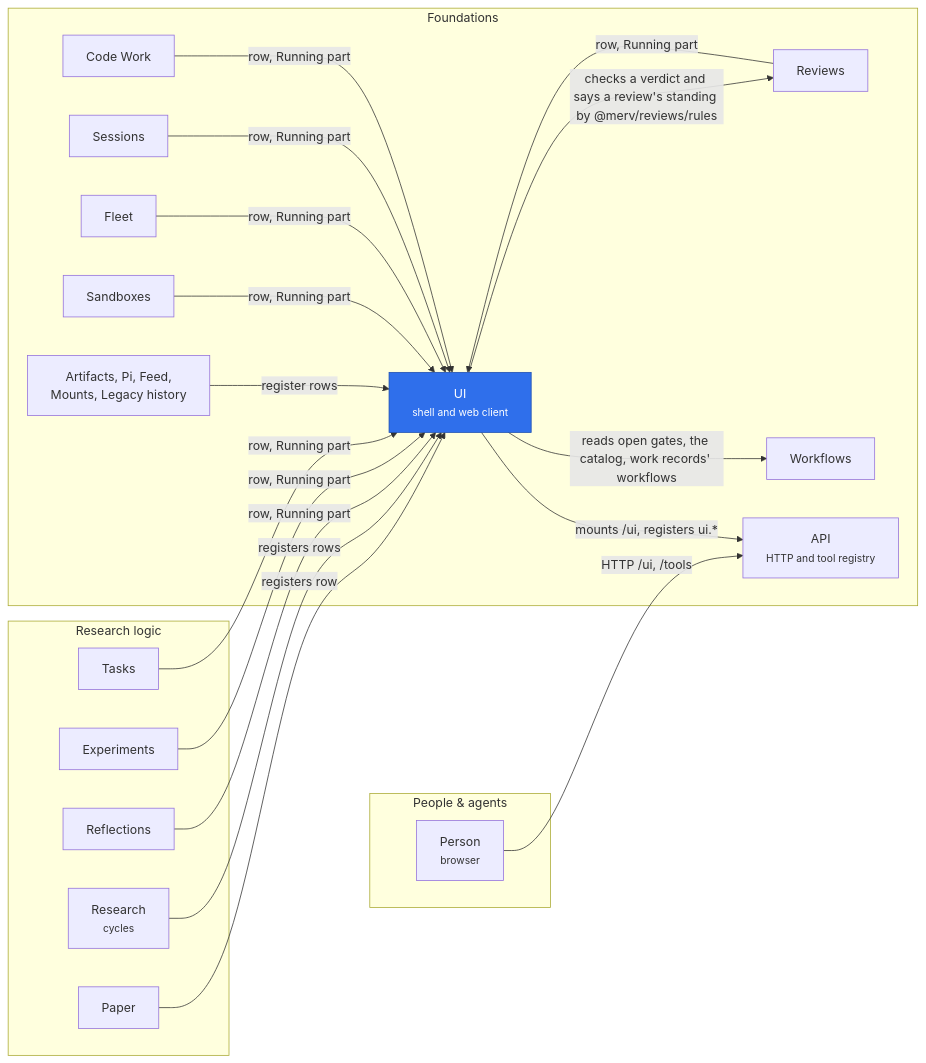
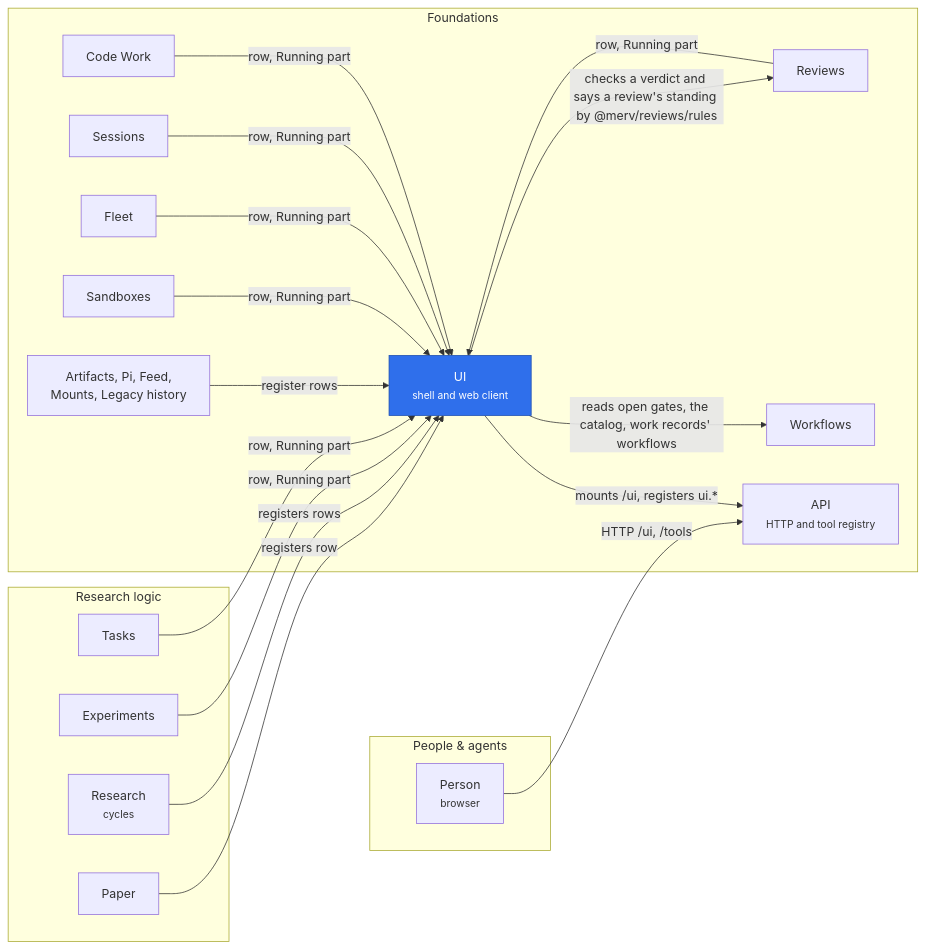
One commit to rapidreview-io/Merv changed the diagram in merv-typescript/packages/ui/README.md. Above: the diagram before and after it, drawn with Mermaid. The commit also changed other lines of this file and 132 other files, not shown here.

````diff
--- a/merv-typescript/packages/ui/README.md
+++ b/merv-typescript/packages/ui/README.md
@@ -7,41 +7,39 @@
 ```mermaid
 flowchart LR
   subgraph people["People & agents"]
     person["Person<br/><small>browser</small>"]
   end
   subgraph research["Research logic"]
     tasks[Tasks]
     experiments[Experiments]
-    reflections[Reflections]
     researchCycles["Research<br/><small>cycles</small>"]
     paper[Paper]
   end
   subgraph foundations["Foundations"]
     ui["UI<br/><small>shell and web client</small>"]
     api["API<br/><small>HTTP and tool registry</small>"]
     workflows[Workflows]
     reviews[Reviews]
     codeWork[Code Work]
     sessions[Sessions]
     fleet[Fleet]
     sandboxes[Sandboxes]
     others["Artifacts, Pi, Feed,<br/>Mounts, Legacy history"]
   end
   person -- "HTTP /ui, /tools" --> api
   ui -- "mounts /ui, registers ui.*" --> api
   ui -- "reads open gates, the catalog, work records' workflows" --> workflows
   ui -- "checks a verdict and says a review's standing by @merv/reviews/rules" --> reviews
   tasks -- "row, Running part" --> ui
   experiments -- "row, Running part" --> ui
-  reflections -- "row, Running part" --> ui
   reviews -- "row, Running part" --> ui
   codeWork -- "row, Running part" --> ui
   sessions -- "row, Running part" --> ui
   fleet -- "row, Running part" --> ui
   sandboxes -- "row, Running part" --> ui
   researchCycles -- "registers rows" --> ui
   paper -- "registers row" --> ui
   others -- "register rows" --> ui
   classDef self fill:#2f6feb,color:#fff,stroke:#1f4fb0
   class ui self
 ```
````
